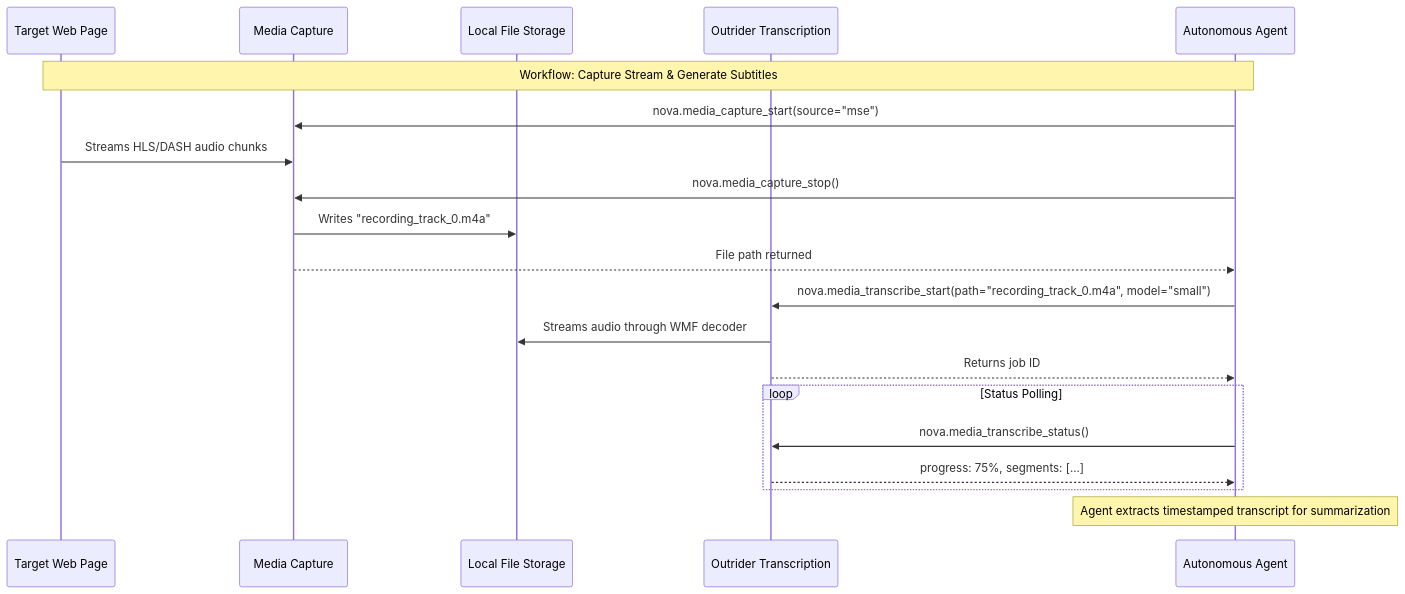
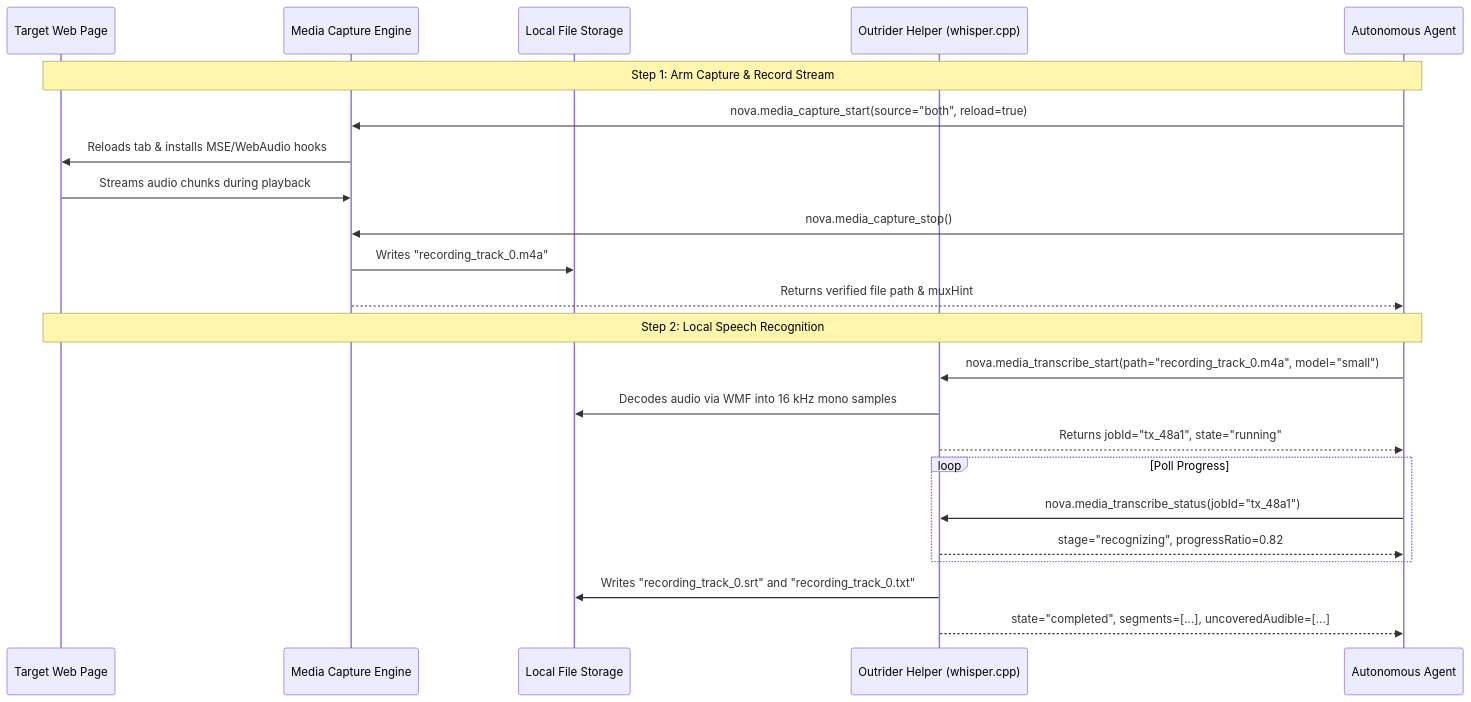
The second of 3 diagrams in docs/core-features/media-intelligence/README.md (joelaniol/nova), drawn with Mermaid before and after one commit. The commit also changed other lines of this file and 11 other files, not shown here.

Commit message:
docs(media-intelligence): expand architectural reference with Outrider boundary, WMF decoding, crash guards, and permission provenance

````diff
--- a/docs/core-features/media-intelligence/README.md
+++ b/docs/core-features/media-intelligence/README.md
@@ -92,26 +123,29 @@
 ```mermaid
 sequenceDiagram
     participant Web as Target Web Page
-    participant Capture as Media Capture
+    participant Capture as Media Capture Engine
     participant Disk as Local File Storage
-    participant Transcribe as Outrider Transcription
+    participant Outrider as Outrider Helper (whisper.cpp)
     participant Agent as Autonomous Agent
 
-    Note over Web,Agent: Workflow: Capture Stream & Generate Subtitles
-    Agent->>Capture: nova.media_capture_start(source="mse")
-    Web->>Capture: Streams HLS/DASH audio chunks
+    Note over Web,Agent: Step 1: Arm Capture & Record Stream
+    Agent->>Capture: nova.media_capture_start(source="both", reload=true)
+    Capture->>Web: Reloads tab & installs MSE/WebAudio hooks
+    Web->>Capture: Streams audio chunks during playback
     Agent->>Capture: nova.media_capture_stop()
     Capture->>Disk: Writes "recording_track_0.m4a"
-    Capture-->>Agent: File path returned
+    Capture-->>Agent: Returns verified file path & muxHint
 
-    Agent->>Transcribe: nova.media_transcribe_start(path="recording_track_0.m4a", model="small")
-    Transcribe->>Disk: Streams audio through WMF decoder
-    Transcribe-->>Agent: Returns job ID
+    Note over Web,Agent: Step 2: Local Speech Recognition
+    Agent->>Outrider: nova.media_transcribe_start(path="recording_track_0.m4a", model="small")
+    Outrider->>Disk: Decodes audio via WMF into 16 kHz mono samples
+    Outrider-->>Agent: Returns jobId="tx_48a1", state="running"
 
-    loop Status Polling
-        Agent->>Transcribe: nova.media_transcribe_status()
-        Transcribe-->>Agent: progress: 75%, segments: [...]
+    loop Poll Progress
+        Agent->>Outrider: nova.media_transcribe_status(jobId="tx_48a1")
+        Outrider-->>Agent: stage="recognizing", progressRatio=0.82
     end
 
-    Note over Agent: Agent extracts timestamped transcript for summarization
+    Outrider->>Disk: Writes "recording_track_0.srt" and "recording_track_0.txt"
+    Outrider-->>Agent: state="completed", segments=[...], uncoveredAudible=[...]
 ```
````
